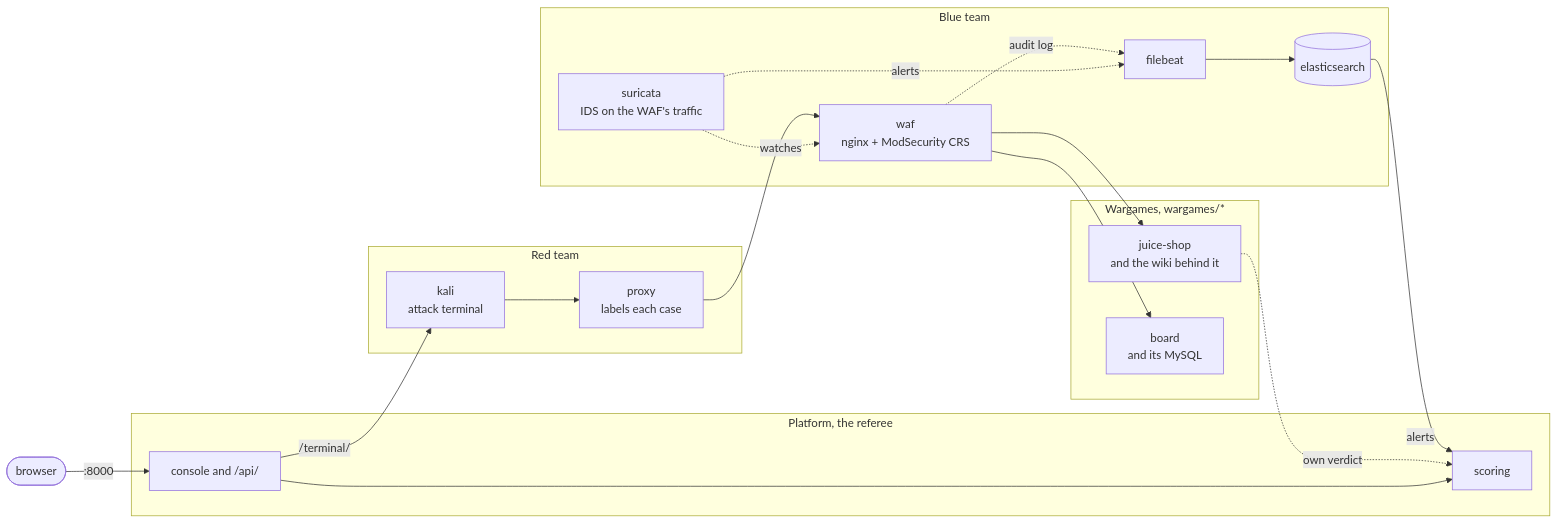
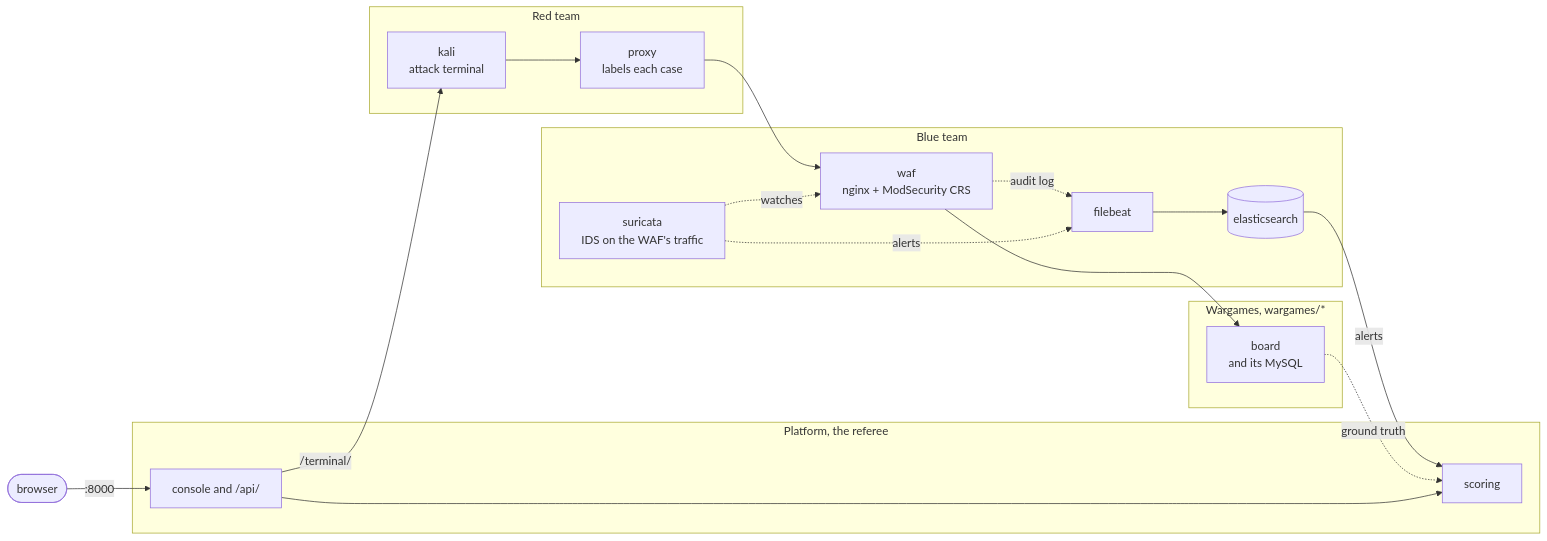
Before and after one commit to Nekonic/fsl-project-mvp: the second of 2 diagrams in README.md, drawn with Mermaid. The commit also changed other lines of this file and 5 other files, not shown here.

Commit message:
docs: board-only, loot_verified reality; drop Juice Shop and the wiki

````diff
--- a/README.md
+++ b/README.md
@@ -59,40 +61,38 @@
 ```mermaid
 flowchart LR
   person(["browser"])
 
   subgraph red["Red team"]
     kali["kali<br/>attack terminal"]
     proxy["proxy<br/>labels each case"]
   end
 
   subgraph blue["Blue team"]
     waf["waf<br/>nginx + ModSecurity CRS"]
     suricata["suricata<br/>IDS on the WAF's traffic"]
     filebeat["filebeat"]
     es[("elasticsearch")]
   end
 
   subgraph wargames["Wargames, wargames/*"]
-    juice["juice-shop<br/>and the wiki behind it"]
     board["board<br/>and its MySQL"]
   end
 
   subgraph platform["Platform, the referee"]
     console["console and /api/"]
     scoring["scoring"]
   end
 
   person -->|":8000"| console
   console -->|"/terminal/"| kali
   kali --> proxy
   proxy --> waf
-  waf --> juice
   waf --> board
   suricata -.->|watches| waf
   waf -.->|audit log| filebeat
   suricata -.->|alerts| filebeat
   filebeat --> es
   es -->|alerts| scoring
-  juice -.->|own verdict| scoring
+  board -.->|ground truth| scoring
   console --> scoring
 ```
````
